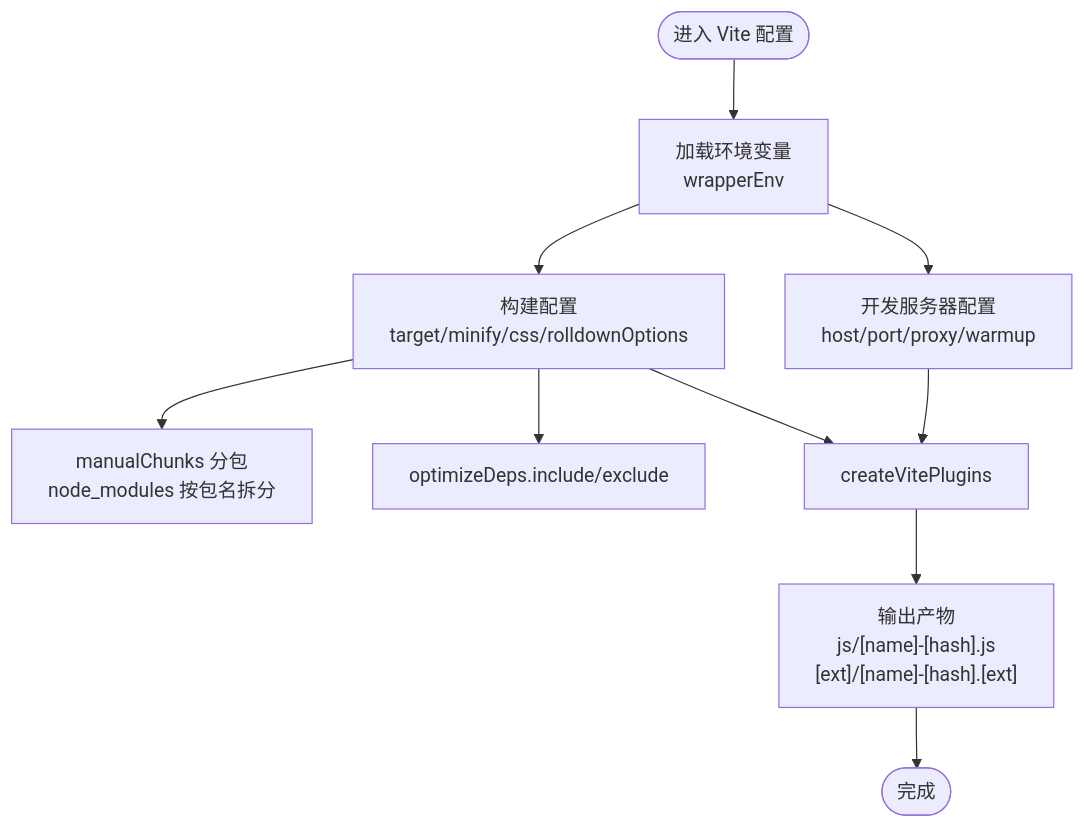
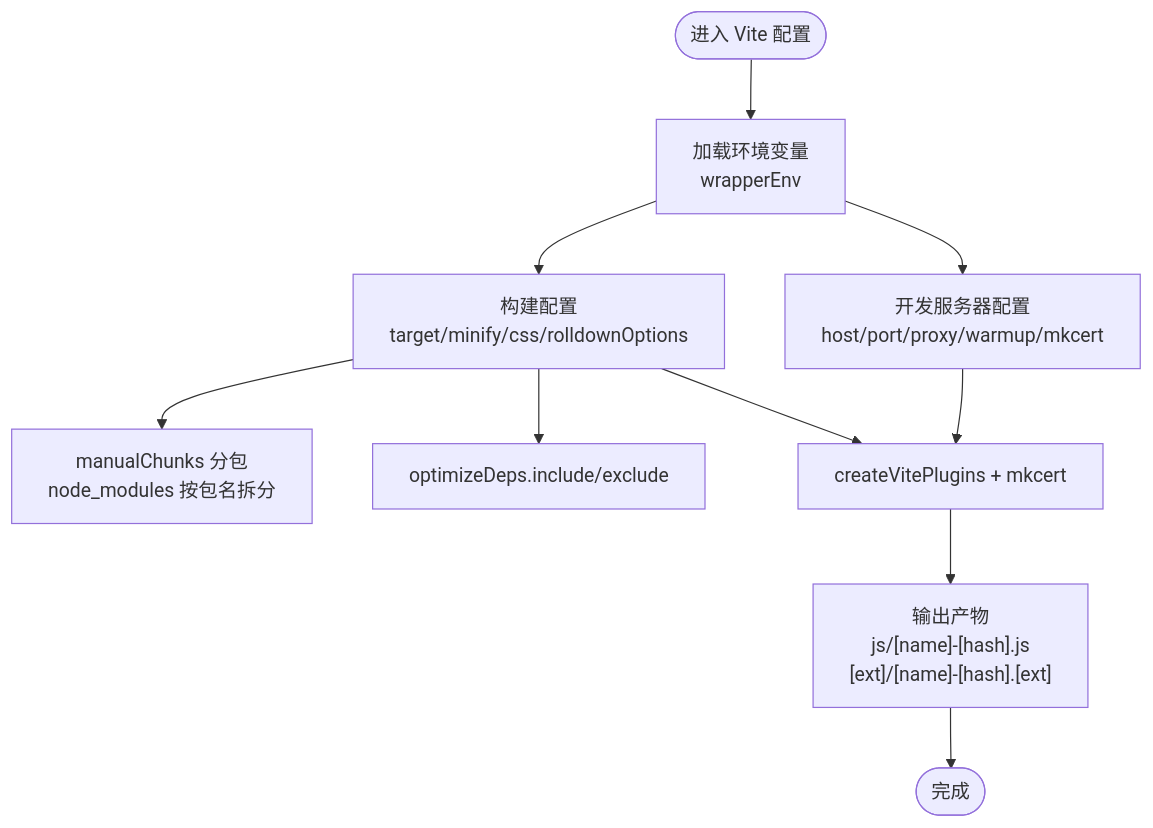
One commit to giserman001/vue3-vant4-mobile changed the third of 7 diagrams in .qoder/repowiki/zh/content/构建与部署.md. Above: the diagram before and after it, drawn with Mermaid. The commit also changed other lines of this file and 4 other files, not shown here.

````diff
--- a/.qoder/repowiki/zh/content/构建与部署.md
+++ b/.qoder/repowiki/zh/content/构建与部署.md
@@ -146,12 +190,12 @@
 ```mermaid
 flowchart TD
 Start(["进入 Vite 配置"]) --> Env["加载环境变量<br/>wrapperEnv"]
-Env --> DevServer["开发服务器配置<br/>host/port/proxy/warmup"]
+Env --> DevServer["开发服务器配置<br/>host/port/proxy/warmup/mkcert"]
 Env --> Build["构建配置<br/>target/minify/css/rolldownOptions"]
 Build --> Manual["manualChunks 分包<br/>node_modules 按包名拆分"]
 Build --> OptDeps["optimizeDeps.include/exclude"]
-DevServer --> Plugins["createVitePlugins"]
+DevServer --> Plugins["createVitePlugins + mkcert"]
 Build --> Plugins
 Plugins --> Out["输出产物<br/>js/[name]-[hash].js<br/>[ext]/[name]-[hash].[ext]"]
 Out --> End(["完成"])
 ```
````
